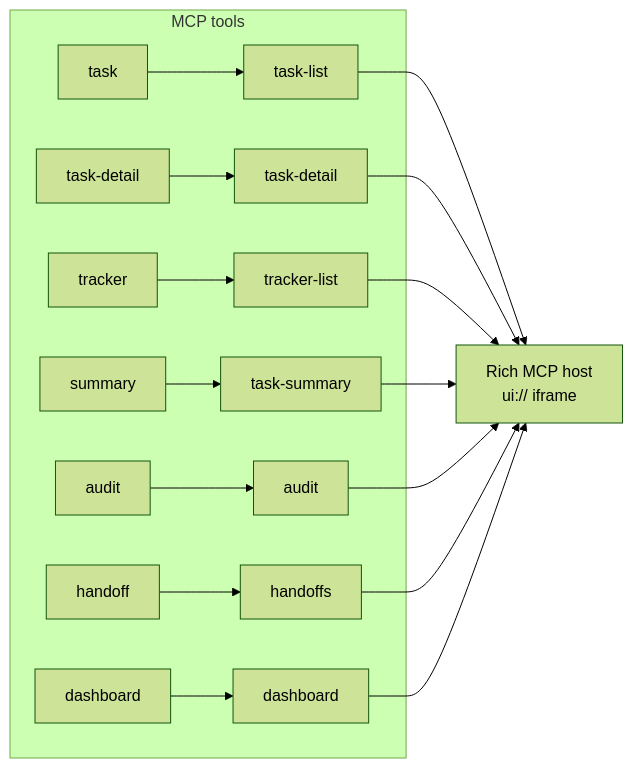
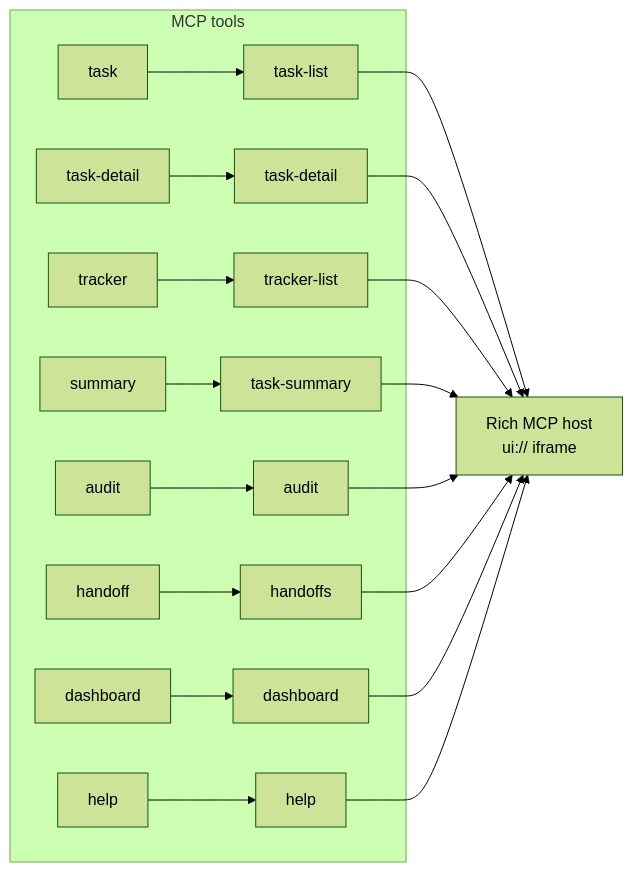
The fourth of 5 diagrams in docs/architecture.md (real-case/marvin-toolkit), drawn with Mermaid (forest theme) before and after one commit. The commit also changed other lines of this file and 108 other files, not shown here.

````diff
--- a/docs/architecture.md
+++ b/docs/architecture.md
@@ -205,13 +205,14 @@
 ```mermaid
 flowchart LR
   subgraph TOOLS["MCP tools"]
     T1["task"] --> W1["task-list"]
     T2["task-detail"] --> W2["task-detail"]
     T3["tracker"] --> W3["tracker-list"]
     T4["summary"] --> W4["task-summary"]
     T5["audit"] --> W5["audit"]
     T6["handoff"] --> W6["handoffs"]
     T7["dashboard"] --> W7["dashboard"]
+    T8["help"] --> W8["help"]
   end
-  W1 & W2 & W3 & W4 & W5 & W6 & W7 --> HOST["Rich MCP host<br/>ui:// iframe"]
+  W1 & W2 & W3 & W4 & W5 & W6 & W7 & W8 --> HOST["Rich MCP host<br/>ui:// iframe"]
 ```
````
